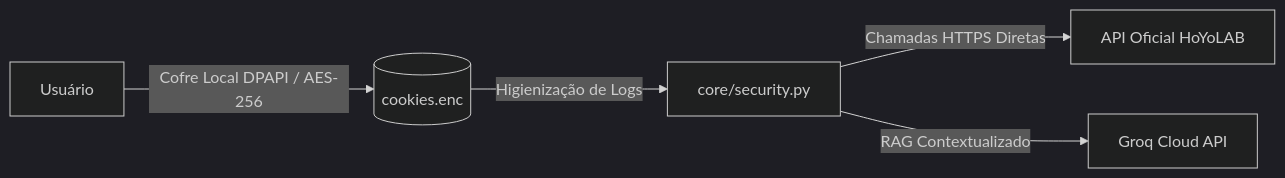
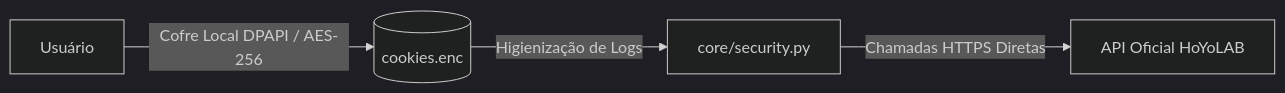
Before and after one commit to Lacas0010/Cabeca_de_Droid: the first of 2 diagrams in README.md, drawn with Mermaid (dark theme). The commit also changed other lines of this file and 41 other files, not shown here.

````diff
--- a/README.md
+++ b/README.md
@@ -82,7 +82,6 @@
 ```mermaid
 graph LR
     User[Usuário] -->|Cofre Local DPAPI / AES-256| Vault[(cookies.enc)]
     Vault -->|Higienização de Logs| San[core/security.py]
     San -->|Chamadas HTTPS Diretas| HoYo[API Oficial HoYoLAB]
-    San -->|RAG Contextualizado| Groq[Groq Cloud API]
 ```
````
